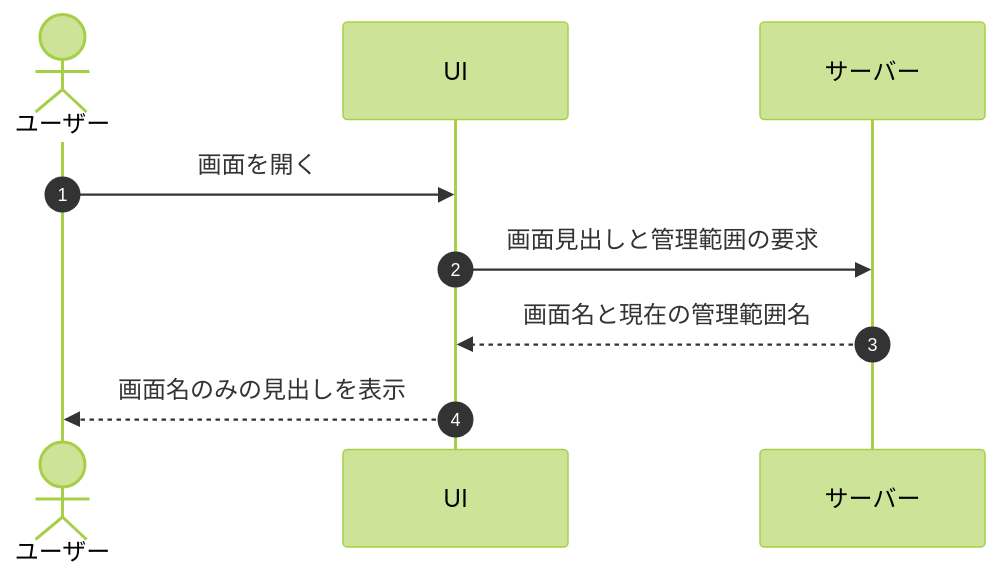
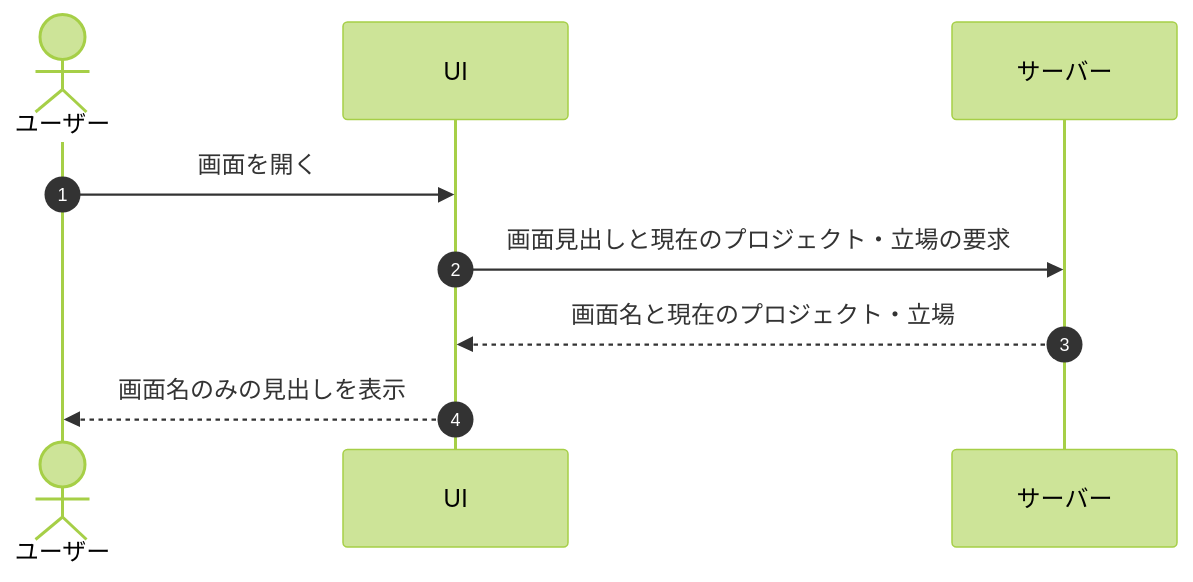
Before and after one commit to sikakou54/open-faq: diagram 37 of 37 in 01_requirements/02_functional_requirement/03_usage-fr.md, drawn with Mermaid (forest theme). The commit also changed other lines of this file and 191 other files, not shown here.

````diff
--- a/01_requirements/02_functional_requirement/03_usage-fr.md
+++ b/01_requirements/02_functional_requirement/03_usage-fr.md
@@ -998,11 +998,11 @@
 ```mermaid
 sequenceDiagram
   autonumber
   actor U as ユーザー
   participant UI as UI
   participant S as サーバー
   U->>UI: 画面を開く
-  UI->>S: 画面見出しと管理範囲の要求
-  S-->>UI: 画面名と現在の管理範囲名
+  UI->>S: 画面見出しと現在のプロジェクト・立場の要求
+  S-->>UI: 画面名と現在のプロジェクト・立場
   UI-->>U: 画面名のみの見出しを表示
 ```
````
